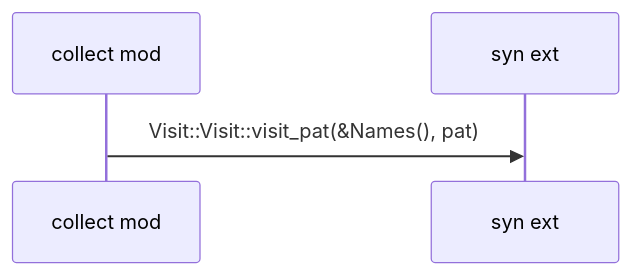
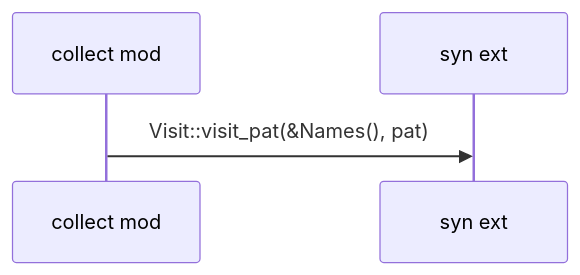
One commit to DreamLab-AI/codemaid changed diagram 45 of 50 in docs/sealmap/crates/sealmap-rust/src/collect.rs.md. Above: the diagram before and after it, drawn with Mermaid. The commit also changed other lines of this file and 29 other files, not shown here.

````diff
--- a/docs/sealmap/crates/sealmap-rust/src/collect.rs.md
+++ b/docs/sealmap/crates/sealmap-rust/src/collect.rs.md
@@ -1311,6 +1311,6 @@
 ```mermaid
 sequenceDiagram
   participant sealmap_rust__collect as collect mod
   participant _syn as syn ext
-  sealmap_rust__collect->>_syn: Visit::Visit::visit_pat(&Names(), pat)
+  sealmap_rust__collect->>_syn: Visit::visit_pat(&Names(), pat)
 ```
````
